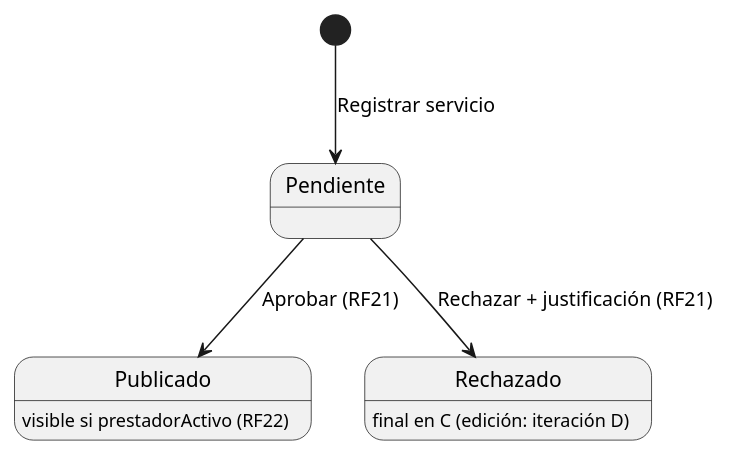
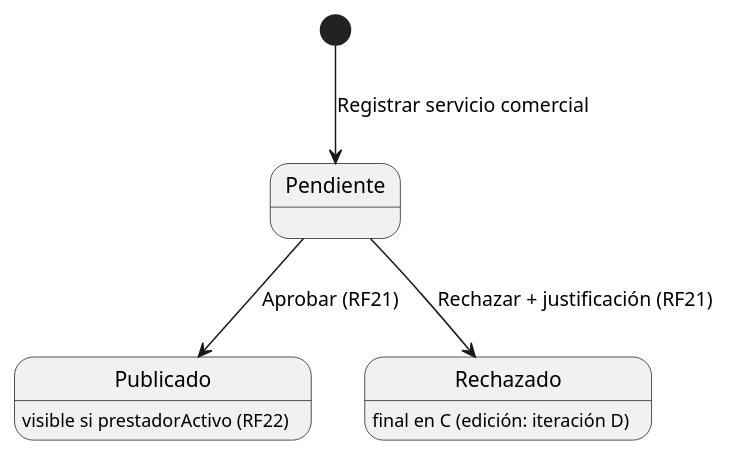
Before and after one commit to Al3jooo/SM_Tours_Aplication: the third of 4 diagrams in docs/casos-de-uso/CU-registrar-servicio.md, drawn with PlantUML. The commit also changed other lines of this file and 46 other files, not shown here.

First line of the commit message:
feat(frontend): registrar servicio comercial y mis servicios del Prestador (RF09, RF10, RF37) - B1

````diff
--- a/docs/casos-de-uso/CU-registrar-servicio.md
+++ b/docs/casos-de-uso/CU-registrar-servicio.md
@@ -160,9 +160,9 @@
 ```plantuml
 @startuml
-[*] --> Pendiente : Registrar servicio
+[*] --> Pendiente : Registrar servicio comercial
 Pendiente --> Publicado : Aprobar (RF21)
 Pendiente --> Rechazado : Rechazar + justificación (RF21)
 Publicado : visible si prestadorActivo (RF22)
 Rechazado : final en C (edición: iteración D)
 @enduml
 ```
````
